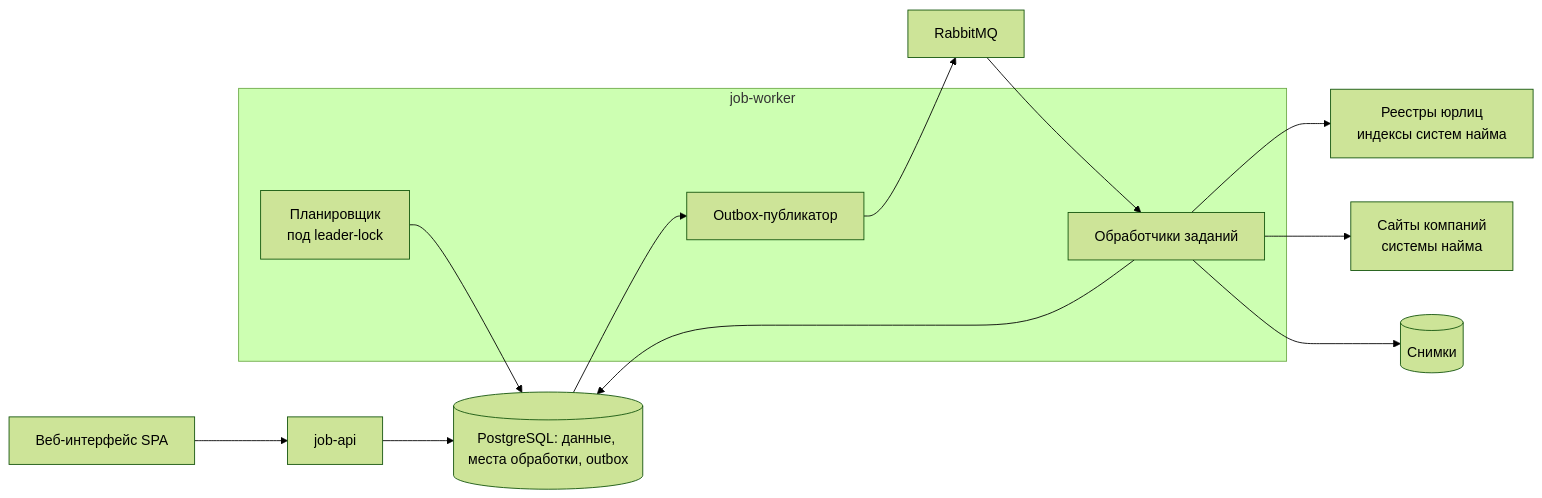
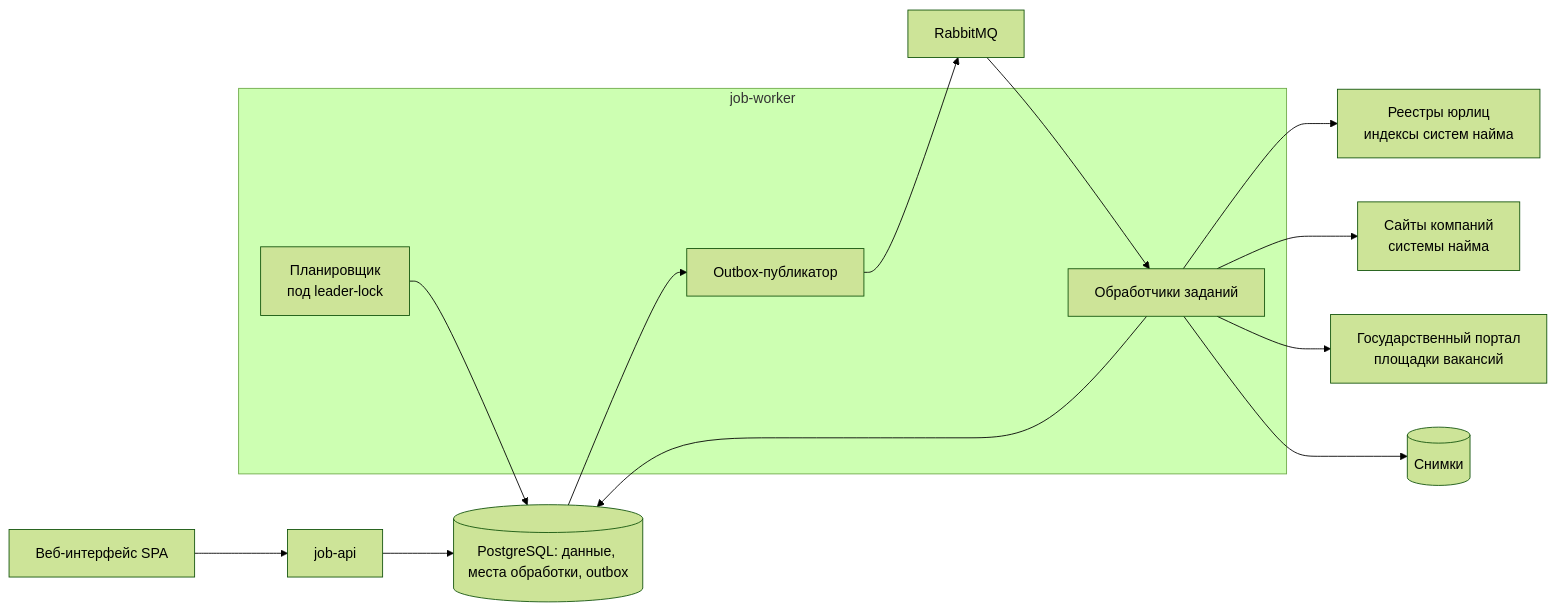
One commit to NikitaZhar/roleorienta changed the first of 3 diagrams in docs/technical-design.md. Above: the diagram before and after it, drawn with Mermaid (forest theme). The commit also changed other lines of this file and 5 other files, not shown here.

````diff
--- a/docs/technical-design.md
+++ b/docs/technical-design.md
@@ -89,18 +92,19 @@
 ```mermaid
 flowchart LR
     SPA[Веб-интерфейс SPA] --> API[job-api]
     API --> DB[(PostgreSQL: данные, места обработки, outbox)]
     subgraph WK[job-worker]
       S[Планировщик<br/>под leader-lock]
       P[Outbox-публикатор]
       W[Обработчики заданий]
     end
     S --> DB
     DB --> P
     P --> Q[RabbitMQ]
     Q --> W
     W --> REG[Реестры юрлиц<br/>индексы систем найма]
     W --> SITES[Сайты компаний<br/>системы найма]
+    W --> PORT[Государственный портал<br/>площадки вакансий]
     W --> DB
     W --> STORE[(Снимки)]
 ```
````
